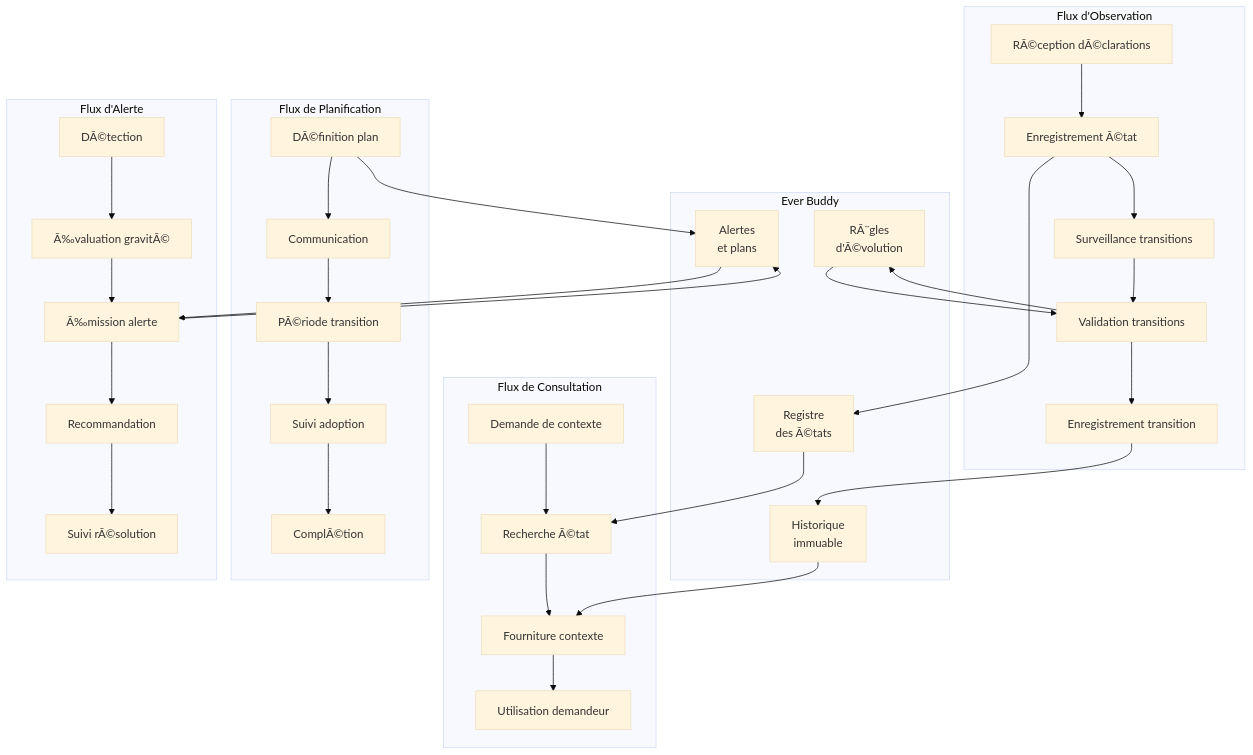
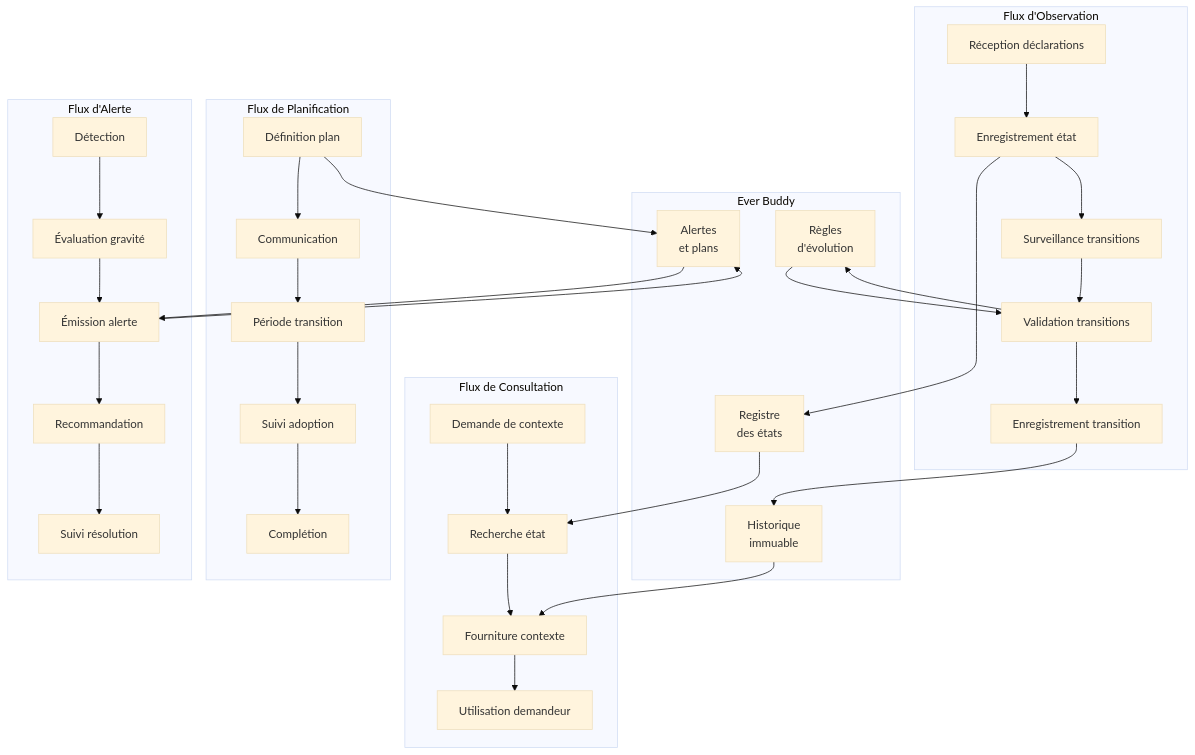
One commit to StudioMiyukini/miyukini_cog changed the first of 6 diagrams in docs/cores/EverBuddy/architecture/Ever Buddy - Evolution Flows.md. Above: the diagram before and after it, drawn with Mermaid (base theme). The commit also changed other lines of this file and 564 other files, not shown here.

````diff
--- a/docs/cores/EverBuddy/architecture/Ever Buddy - Evolution Flows.md
+++ b/docs/cores/EverBuddy/architecture/Ever Buddy - Evolution Flows.md
@@ -33,56 +33,56 @@
 ```mermaid
 graph TB
     subgraph EverBuddy[Ever Buddy]
-        REG[Registre<br/>des Ã©tats]
-        RUL[RÃ¨gles<br/>d'Ã©volution]
+        REG[Registre<br/>des états]
+        RUL[Règles<br/>d'évolution]
         HIS[Historique<br/>immuable]
         ALE[Alertes<br/>et plans]
     end
 
     subgraph FluxObs[Flux d'Observation]
-        O1[RÃ©ception dÃ©clarations]
-        O2[Enregistrement Ã©tat]
+        O1[Réception déclarations]
+        O2[Enregistrement état]
         O3[Surveillance transitions]
         O4[Validation transitions]
         O5[Enregistrement transition]
     end
 
     subgraph FluxCons[Flux de Consultation]
         C1[Demande de contexte]
-        C2[Recherche Ã©tat]
+        C2[Recherche état]
         C3[Fourniture contexte]
         C4[Utilisation demandeur]
     end
 
     subgraph FluxPlan[Flux de Planification]
-        P1[DÃ©finition plan]
+        P1[Définition plan]
         P2[Communication]
-        P3[PÃ©riode transition]
+        P3[Période transition]
         P4[Suivi adoption]
-        P5[ComplÃ©tion]
+        P5[Complétion]
     end
 
     subgraph FluxAle[Flux d'Alerte]
-        A1[DÃ©tection]
-        A2[Ã‰valuation gravitÃ©]
-        A3[Ã‰mission alerte]
+        A1[Détection]
+        A2[Évaluation gravité]
+        A3[Émission alerte]
         A4[Recommandation]
-        A5[Suivi rÃ©solution]
+        A5[Suivi résolution]
     end
 
     O1 --> O2 --> O3 --> O4 --> O5
     C1 --> C2 --> C3 --> C4
     P1 --> P2 --> P3 --> P4 --> P5
     A1 --> A2 --> A3 --> A4 --> A5
 
     O2 --> REG
     O5 --> HIS
     O4 --> RUL
     P1 --> ALE
     A3 --> ALE
 
     REG --> C2
     HIS --> C3
     RUL --> O4
     ALE --> A3
 ```
````
